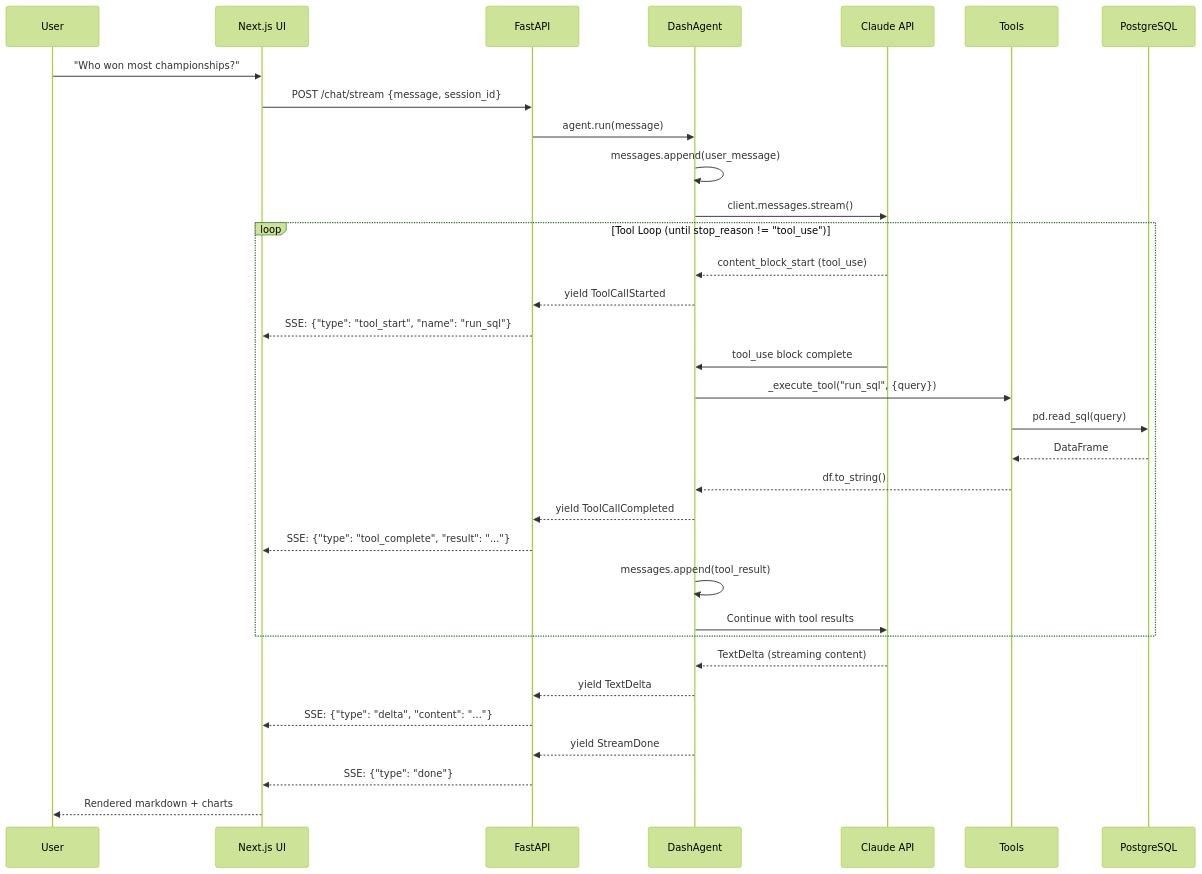
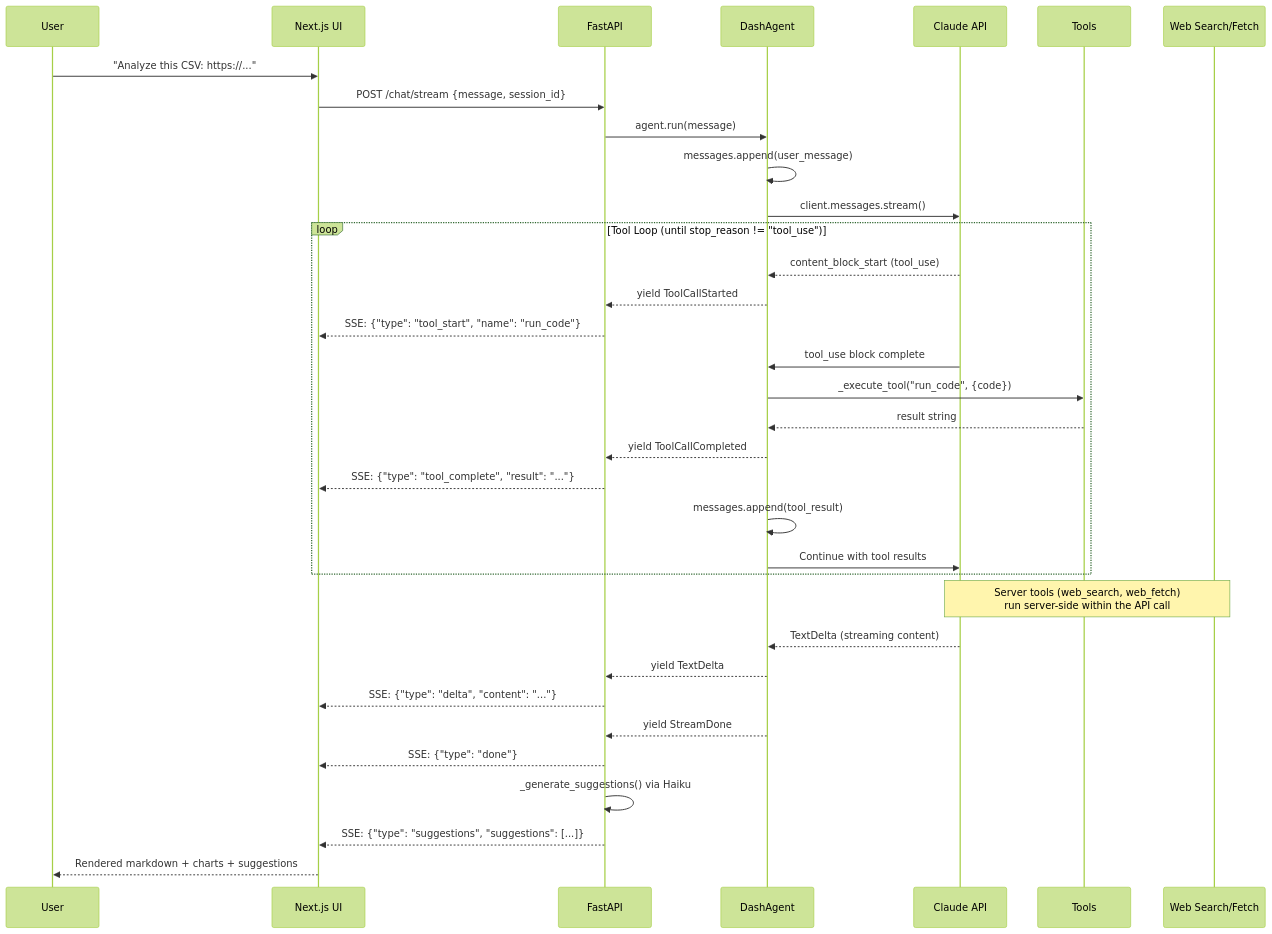
Before and after one commit to vibedatascience/dash_trial: the second of 2 diagrams in CLAUDE.md, drawn with Mermaid (forest theme). The commit also changed other lines of this file, not shown here.

First line of the commit message:
Update CLAUDE.md to reflect current codebase state

````diff
--- a/CLAUDE.md
+++ b/CLAUDE.md
@@ -74,42 +81,45 @@
 ```mermaid
 sequenceDiagram
     participant User
     participant Frontend as Next.js UI
     participant API as FastAPI
     participant Agent as DashAgent
     participant Claude as Claude API
     participant Tools
-    participant DB as PostgreSQL
+    participant Web as Web Search/Fetch
 
-    User->>Frontend: "Who won most championships?"
+    User->>Frontend: "Analyze this CSV: https://..."
     Frontend->>API: POST /chat/stream {message, session_id}
     API->>Agent: agent.run(message)
     Agent->>Agent: messages.append(user_message)
     Agent->>Claude: client.messages.stream()
 
     loop Tool Loop (until stop_reason != "tool_use")
         Claude-->>Agent: content_block_start (tool_use)
         Agent-->>API: yield ToolCallStarted
-        API-->>Frontend: SSE: {"type": "tool_start", "name": "run_sql"}
+        API-->>Frontend: SSE: {"type": "tool_start", "name": "run_code"}
 
         Claude->>Agent: tool_use block complete
-        Agent->>Tools: _execute_tool("run_sql", {query})
-        Tools->>DB: pd.read_sql(query)
-        DB-->>Tools: DataFrame
-        Tools-->>Agent: df.to_string()
+        Agent->>Tools: _execute_tool("run_code", {code})
+        Tools-->>Agent: result string
 
         Agent-->>API: yield ToolCallCompleted
         API-->>Frontend: SSE: {"type": "tool_complete", "result": "..."}
 
         Agent->>Agent: messages.append(tool_result)
         Agent->>Claude: Continue with tool results
     end
 
+    Note over Claude,Web: Server tools (web_search, web_fetch)<br/>run server-side within the API call
+
     Claude-->>Agent: TextDelta (streaming content)
     Agent-->>API: yield TextDelta
     API-->>Frontend: SSE: {"type": "delta", "content": "..."}
 
     Agent-->>API: yield StreamDone
     API-->>Frontend: SSE: {"type": "done"}
-    Frontend-->>User: Rendered markdown + charts
+
+    API->>API: _generate_suggestions() via Haiku
+    API-->>Frontend: SSE: {"type": "suggestions", "suggestions": [...]}
+    Frontend-->>User: Rendered markdown + charts + suggestions
 ```
````
